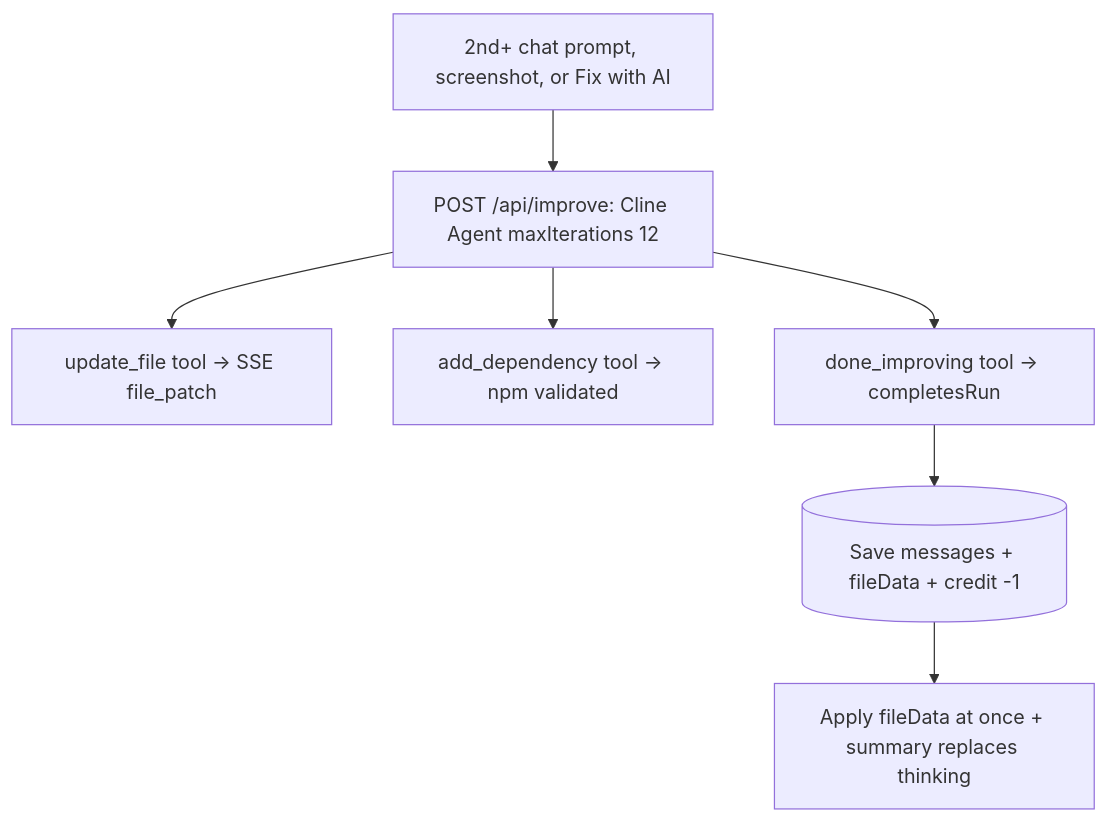
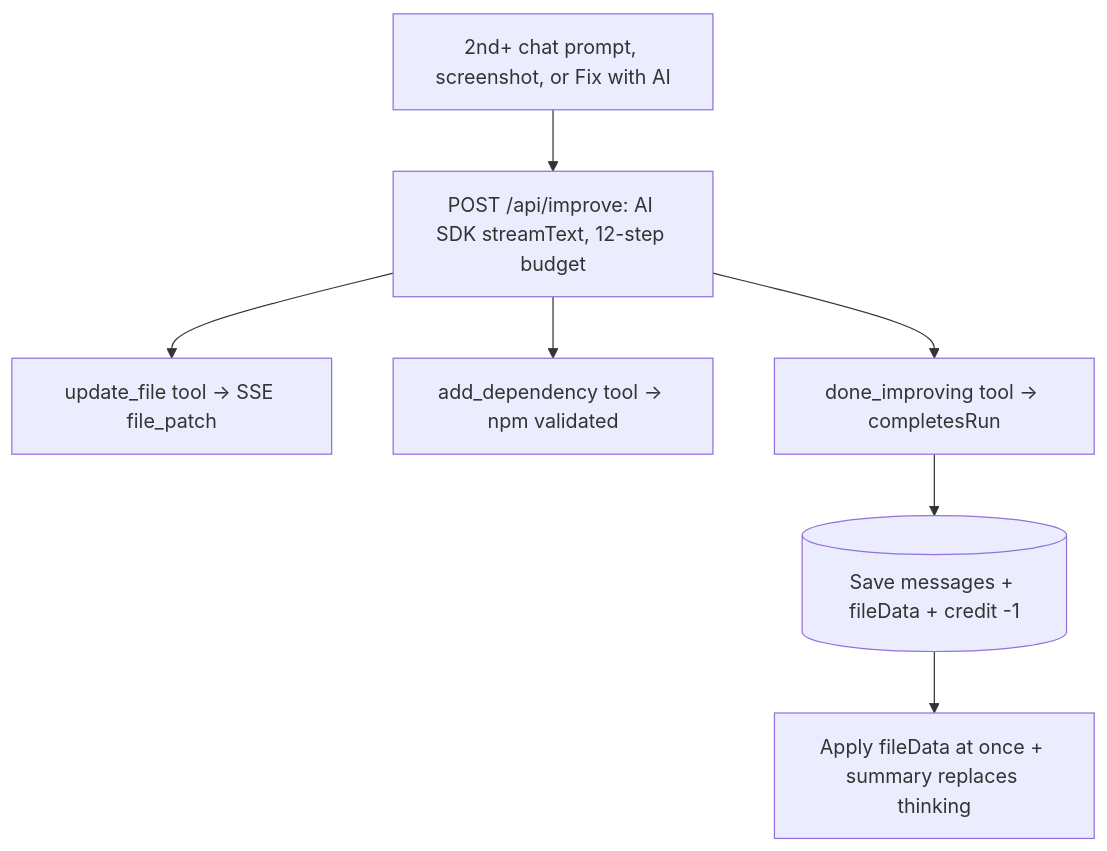
The second of 6 diagrams in docs/05-workflows.md (prakash8264/Drevo), drawn with Mermaid before and after one commit. The commit also changed other lines of this file and 15 other files, not shown here.

````diff
--- a/docs/05-workflows.md
+++ b/docs/05-workflows.md
@@ -30,9 +32,9 @@
 ```mermaid
 flowchart TD
-  B[2nd+ chat prompt, screenshot, or Fix with AI] --> A[POST /api/improve: Cline Agent maxIterations 12]
+  B[2nd+ chat prompt, screenshot, or Fix with AI] --> A[POST /api/improve: AI SDK streamText, 12-step budget]
   A --> T1[update_file tool -> SSE file_patch]
   A --> T3[add_dependency tool -> npm validated]
   A --> T2[done_improving tool -> completesRun]
   T2 --> DB[(Save messages + fileData + credit -1)]
   DB --> UI[Apply fileData at once + summary replaces thinking]
 ```
````
